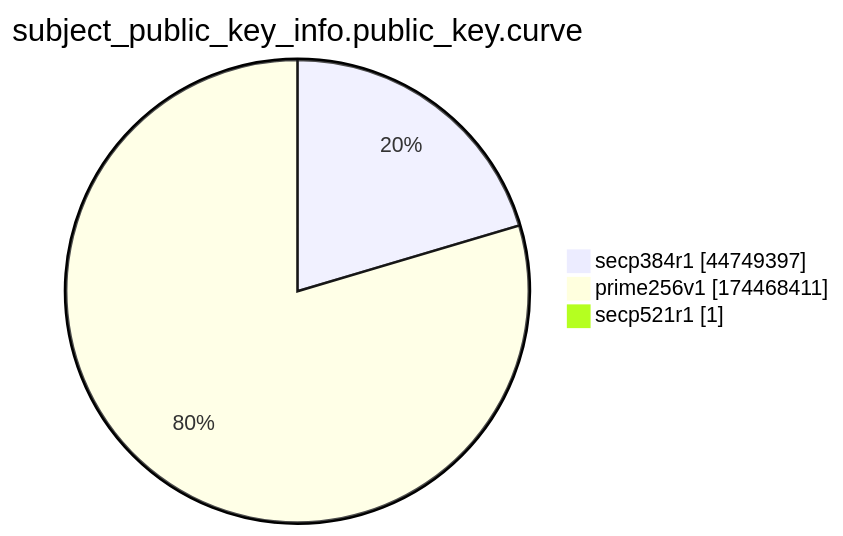
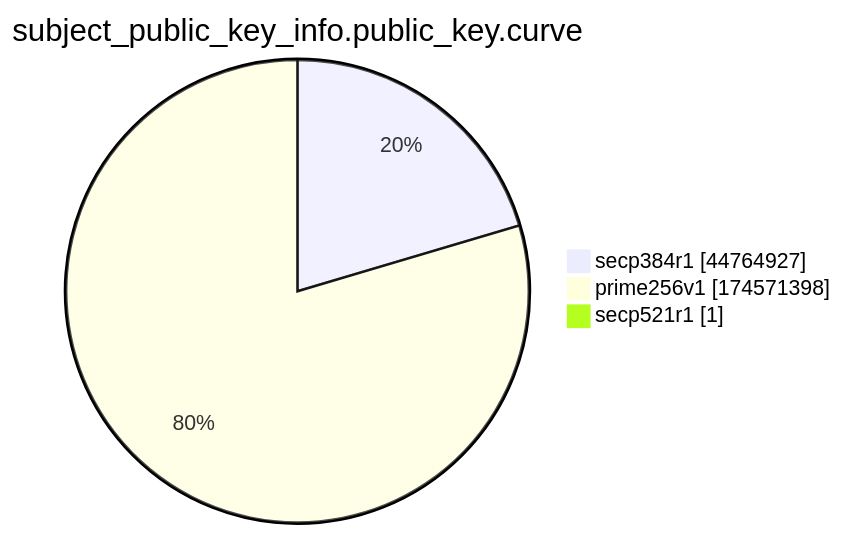
Before and after one commit to christiankrug/ctmonitor_visualization: the ninth of 15 diagrams in xenon2022/README.md, drawn with Mermaid. The commit also changed other lines of this file, not shown here.

````diff
--- a/xenon2022/README.md
+++ b/xenon2022/README.md
@@ -2871,7 +2871,7 @@
 ```mermaid
 pie showData
 title subject_public_key_info.public_key.curve
-"secp384r1" :44749397
-"prime256v1" :174468411
+"secp384r1" :44764927
+"prime256v1" :174571398
 "secp521r1" :1
 ```
````
